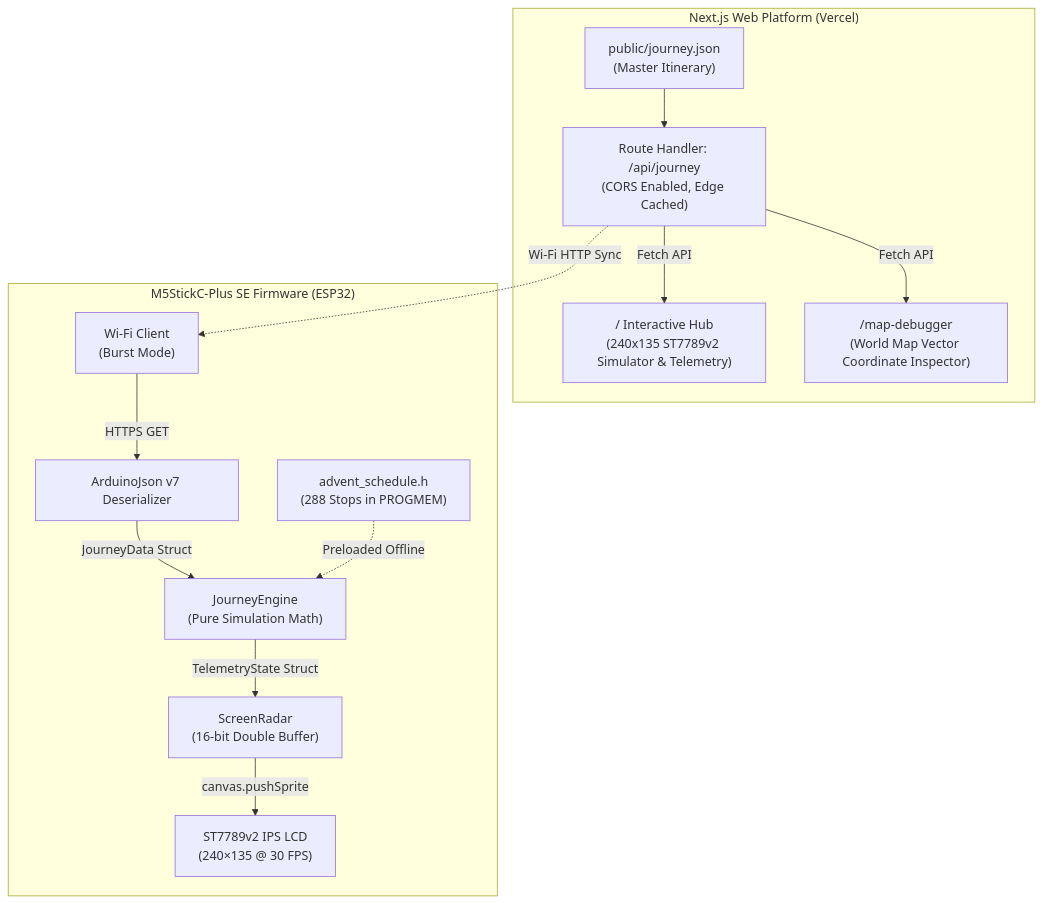
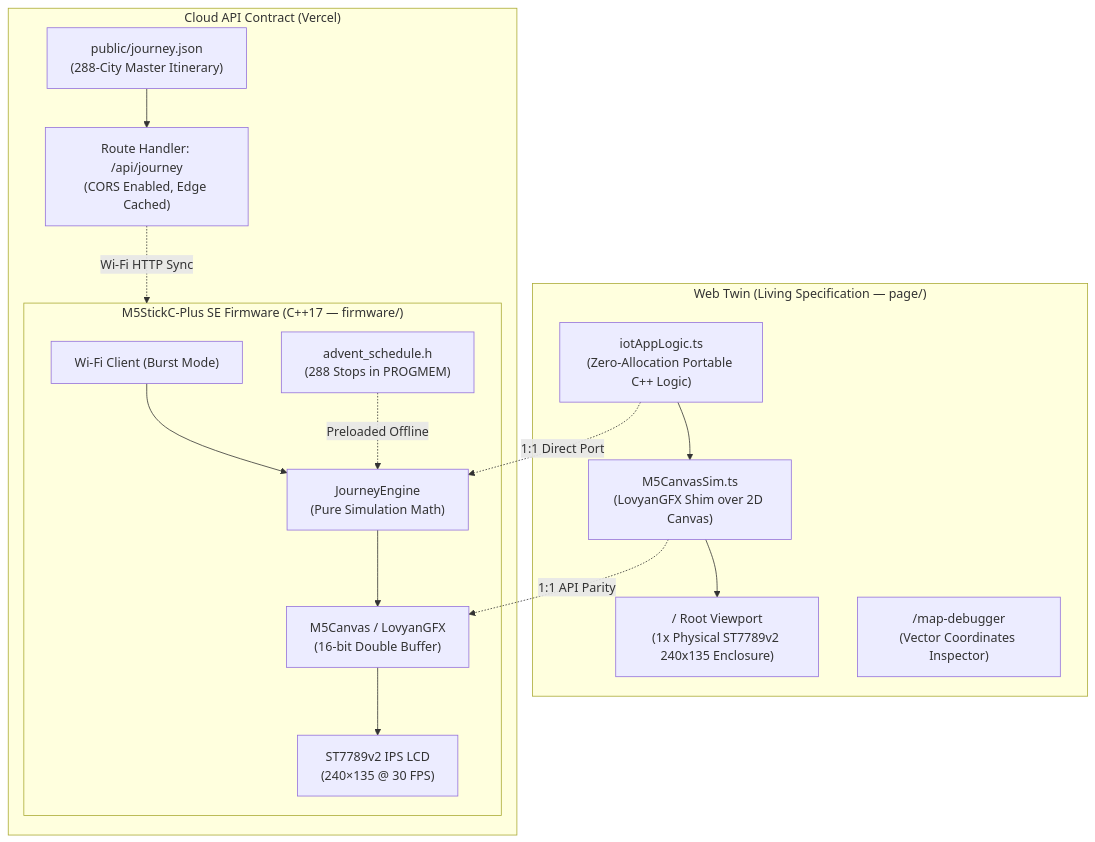
One commit to frogermcs/santa-tracker changed the first of 2 diagrams in docs/ARCHITECTURE.md. Above: the diagram before and after it, drawn with Mermaid. The commit also changed other lines of this file and 11 other files, not shown here.

First line of the commit message:
feat(simulator): 1:1 LovyanGFX M5Canvas runtime, modern glass cockpit, and twin-engine web emulator (#6)

````diff
--- a/docs/ARCHITECTURE.md
+++ b/docs/ARCHITECTURE.md
@@ -11,30 +11,35 @@
 ```mermaid
 flowchart TD
-    subgraph Cloud["Next.js Web Platform (Vercel)"]
-        DataFile["public/journey.json<br/>(Master Itinerary)"]
-        API["Route Handler: /api/journey<br/>(CORS Enabled, Edge Cached)"]
-        WebHub["/ Interactive Hub<br/>(240x135 ST7789v2 Simulator & Telemetry)"]
-        MapDebugger["/map-debugger<br/>(World Map Vector Coordinate Inspector)"]
+    subgraph Web["Web Twin (Living Specification — page/)"]
+        M5CanvasSim["M5CanvasSim.ts<br/>(LovyanGFX Shim over 2D Canvas)"]
+        IoTLogic["iotAppLogic.ts<br/>(Zero-Allocation Portable C++ Logic)"]
+        RootPage["/ Root Viewport<br/>(1x Physical ST7789v2 240x135 Enclosure)"]
+        MapDebugger["/map-debugger<br/>(Vector Coordinates Inspector)"]
         
-        DataFile --> API
-        API -->|Fetch API| WebHub
-        API -->|Fetch API| MapDebugger
+        IoTLogic --> M5CanvasSim
+        M5CanvasSim --> RootPage
     end
 
-    subgraph IoT["M5StickC-Plus SE Firmware (ESP32)"]
-        WiFi["Wi-Fi Client<br/>(Burst Mode)"]
-        JSONParser["ArduinoJson v7 Deserializer"]
+    subgraph Cloud["Cloud API Contract (Vercel)"]
+        DataFile["public/journey.json<br/>(288-City Master Itinerary)"]
+        API["Route Handler: /api/journey<br/>(CORS Enabled, Edge Cached)"]
+        DataFile --> API
+        API -.->|Wi-Fi HTTP Sync| IoT
+    end
+
+    subgraph IoT["M5StickC-Plus SE Firmware (C++17 — firmware/)"]
+        WiFi["Wi-Fi Client (Burst Mode)"]
         AdventFlash["advent_schedule.h<br/>(288 Stops in PROGMEM)"]
         CoreEngine["JourneyEngine<br/>(Pure Simulation Math)"]
-        RadarRenderer["ScreenRadar<br/>(16-bit Double Buffer)"]
+        LovyanGFX["M5Canvas / LovyanGFX<br/>(16-bit Double Buffer)"]
         HardwareDisplay["ST7789v2 IPS LCD<br/>(240×135 @ 30 FPS)"]
 
-        WiFi -->|HTTPS GET| JSONParser
-        JSONParser -->|JourneyData Struct| CoreEngine
+        WiFi --> CoreEngine
         AdventFlash -.->|Preloaded Offline| CoreEngine
-        CoreEngine -->|TelemetryState Struct| RadarRenderer
-        RadarRenderer -->|canvas.pushSprite| HardwareDisplay
+        CoreEngine --> LovyanGFX
+        LovyanGFX --> HardwareDisplay
     end
 
-    API -.->|Wi-Fi HTTP Sync| WiFi
+    IoTLogic -.->|1:1 Direct Port| CoreEngine
+    M5CanvasSim -.->|1:1 API Parity| LovyanGFX
 ```
````
